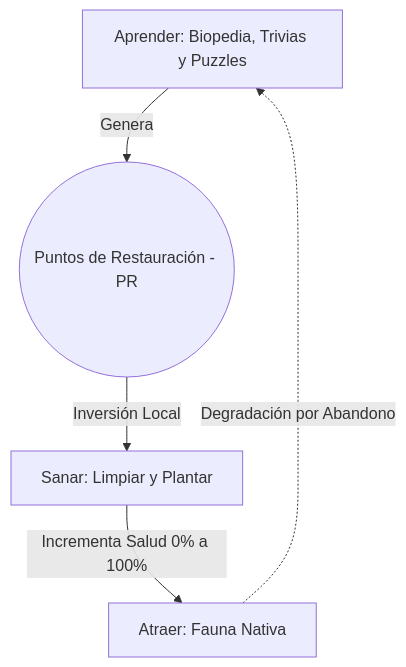
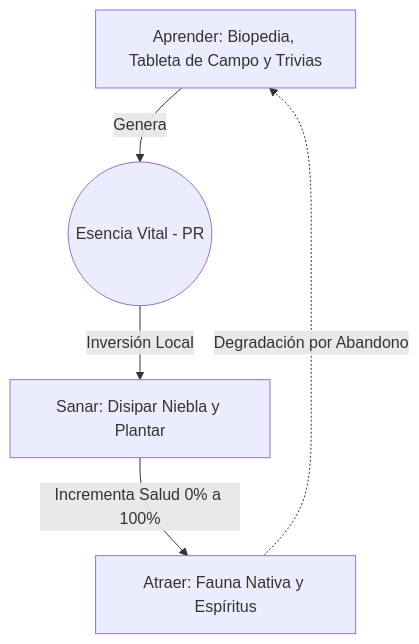
Before and after one commit to German-Oses/Faunetra: the second of 9 diagrams in Oses-Vllavicencio-INF4556-12_v2.md, drawn with Mermaid. The commit also changed other lines of this file and 10 other files, not shown here.

````diff
--- a/Oses-Vllavicencio-INF4556-12_v2.md
+++ b/Oses-Vllavicencio-INF4556-12_v2.md
@@ -384,7 +378,7 @@
 ```mermaid
 graph TD
-    A[Aprender: Biopedia, Trivias y Puzzles] -->|Genera| B((Puntos de Restauración - PR))
-    B -->|Inversión Local| C[Sanar: Limpiar y Plantar]
-    C -->|Incrementa Salud 0% a 100%| D[Atraer: Fauna Nativa]
+    A[Aprender: Biopedia, Tableta de Campo y Trivias] -->|Genera| B((Esencia Vital - PR))
+    B -->|Inversión Local| C[Sanar: Disipar Niebla y Plantar]
+    C -->|Incrementa Salud 0% a 100%| D[Atraer: Fauna Nativa y Espíritus]
     D -.->|Degradación por Abandono| A
 ```
````
